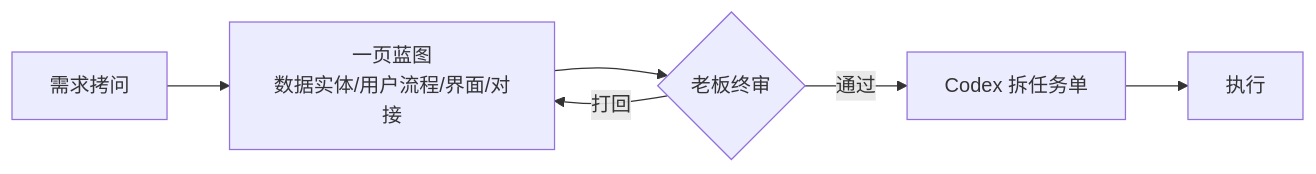
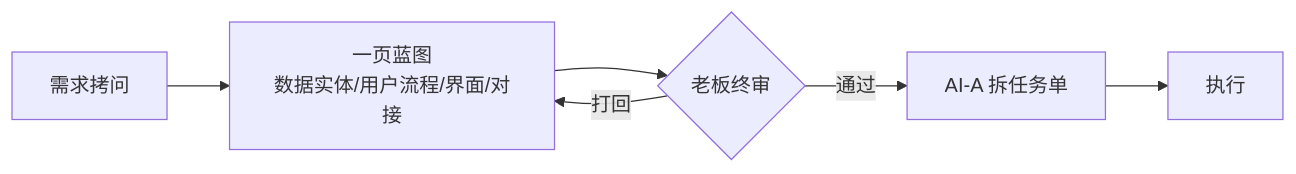
The third of 3 diagrams in docs/11-multi-agent-collab.md (Babymrbbbb/ai-native-team), drawn with Mermaid before and after one commit.

Commit message:
chore: sanitize Codex reference in mermaid flow (use AI-A)

````diff
--- a/docs/11-multi-agent-collab.md
+++ b/docs/11-multi-agent-collab.md
@@ -79,8 +79,8 @@
 ```mermaid
 flowchart LR
     A[需求拷问] --> B[一页蓝图<br/>数据实体/用户流程/界面/对接]
     B --> C{老板终审}
-    C -->|通过| D[Codex 拆任务单]
+    C -->|通过| D[AI-A 拆任务单]
     C -->|打回| B
     D --> E[执行]
 ```
````
